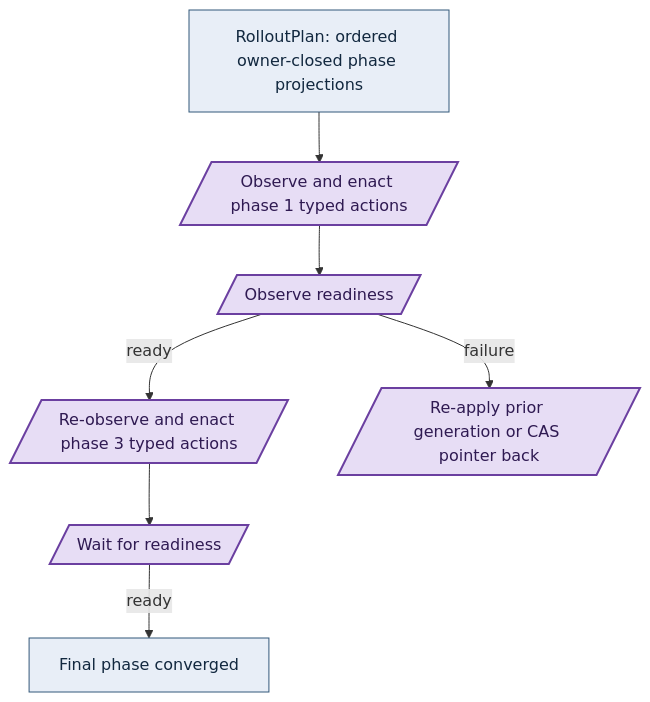
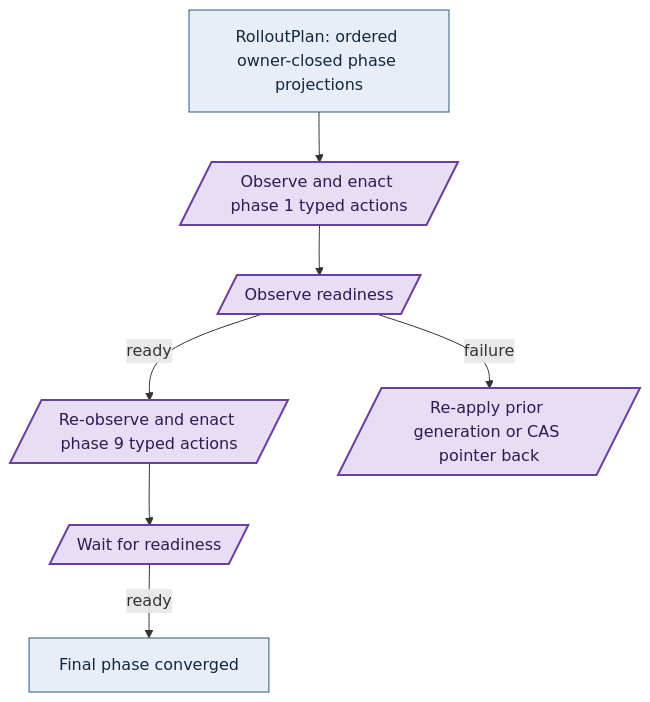
Before and after one commit to Tuee22/amoebius: the third of 5 diagrams in documents/engineering/manifest_generation_doctrine.md, drawn with Mermaid. The commit also changed other lines of this file and 381 other files, not shown here.

````diff
--- a/documents/engineering/manifest_generation_doctrine.md
+++ b/documents/engineering/manifest_generation_doctrine.md
@@ -599,12 +599,12 @@
 ```mermaid
 flowchart TD
 %% register: algebra
   plan[RolloutPlan: ordered owner-closed phase projections]:::intent --> p1[/"Observe and enact phase 1 typed actions"/]:::effect
   p1 --> g1[/"Observe readiness"/]:::effect
-  g1 -->|ready| p2[/"Re-observe and enact phase 3 typed actions"/]:::effect
+  g1 -->|ready| p2[/"Re-observe and enact phase 9 typed actions"/]:::effect
   p2 --> g2[/"Wait for readiness"/]:::effect
   g2 -->|ready| pn[Final phase converged]:::intent
   g1 -->|failure| rb[/"Re-apply prior generation or CAS pointer back"/]:::effect
   classDef intent   fill:#e8eef7,stroke:#33587a,color:#12283f,stroke-width:1px
   classDef effect   fill:#e7ddf5,stroke:#6b3fa0,color:#2f1a52,stroke-width:2px
 ```
````
